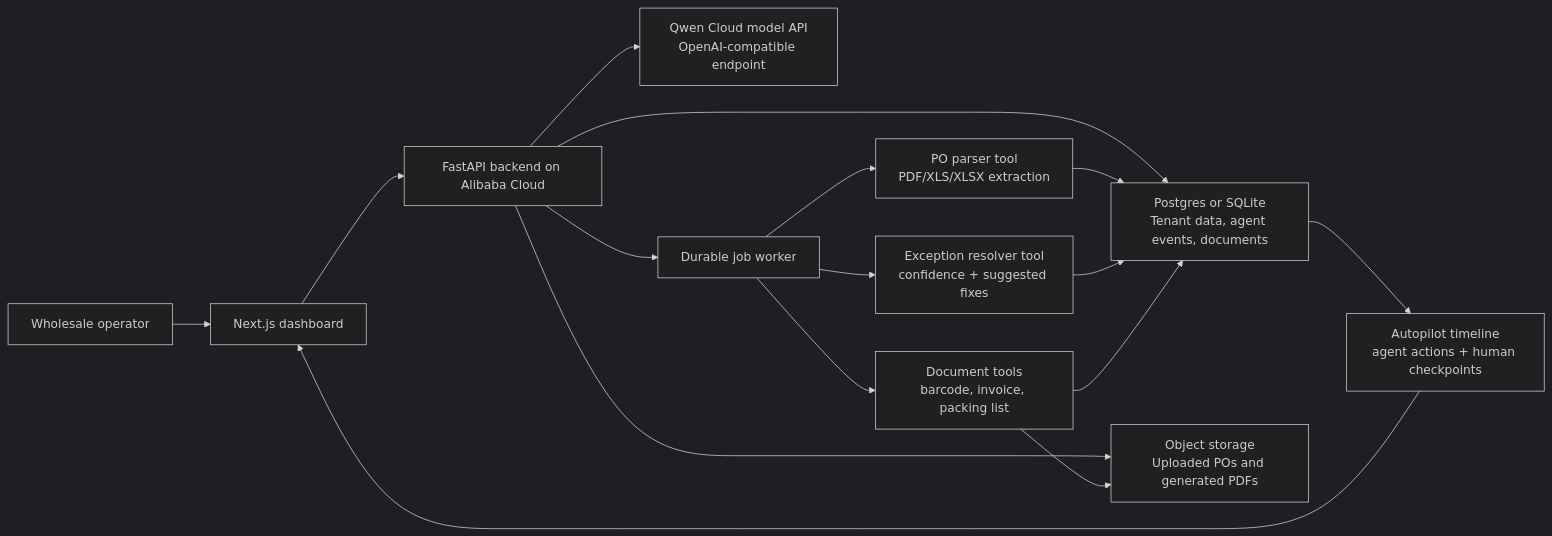
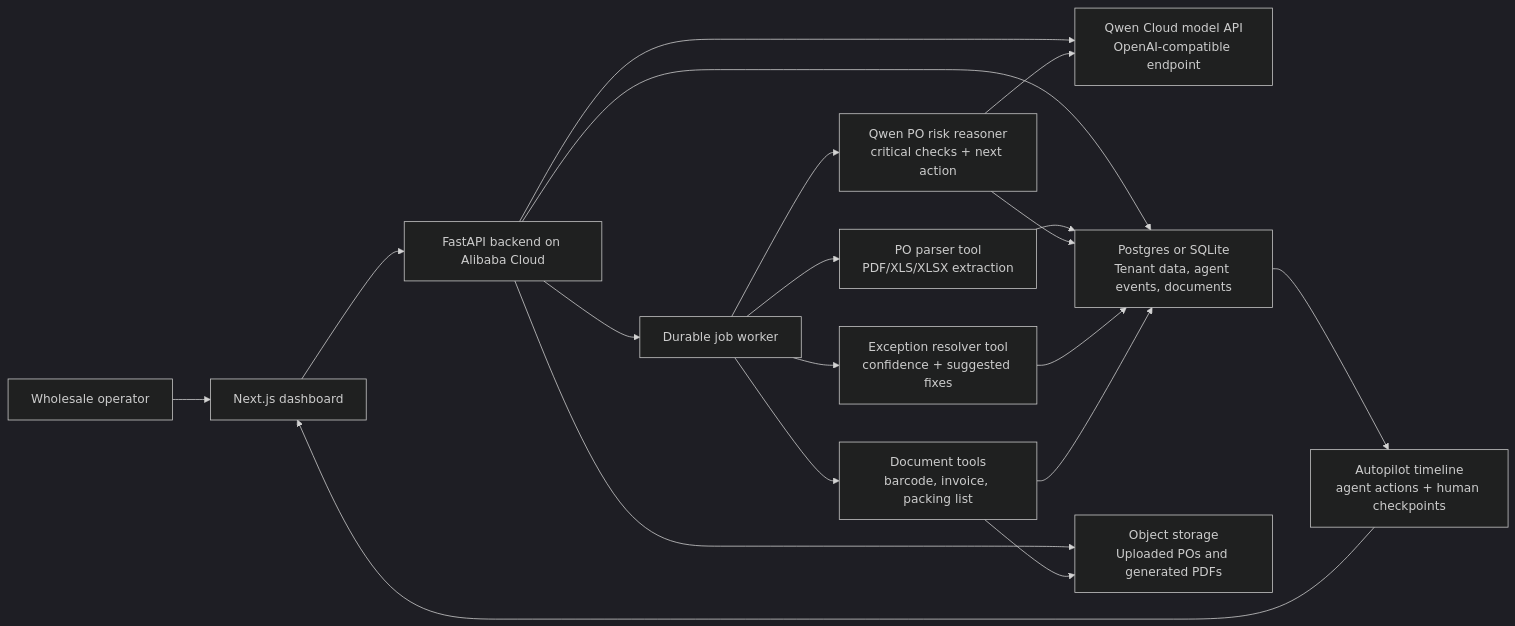
One commit to arnavbee/grada-qwen-autopilot changed the diagram in docs/qwen-hackathon-architecture.md. Above: the diagram before and after it, drawn with Mermaid (dark theme). The commit also changed other lines of this file and 16 other files, not shown here.

````diff
--- a/docs/qwen-hackathon-architecture.md
+++ b/docs/qwen-hackathon-architecture.md
@@ -9,22 +9,25 @@
 ```mermaid
 flowchart LR
   user["Wholesale operator"] --> web["Next.js dashboard"]
   web --> api["FastAPI backend on Alibaba Cloud"]
 
   api --> qwen["Qwen Cloud model API\nOpenAI-compatible endpoint"]
   api --> db["Postgres or SQLite\nTenant data, agent events, documents"]
   api --> storage["Object storage\nUploaded POs and generated PDFs"]
   api --> worker["Durable job worker"]
 
   worker --> parser["PO parser tool\nPDF/XLS/XLSX extraction"]
+  worker --> qwenReasoner["Qwen PO risk reasoner\ncritical checks + next action"]
   worker --> resolver["Exception resolver tool\nconfidence + suggested fixes"]
   worker --> docs["Document tools\nbarcode, invoice, packing list"]
 
   parser --> db
+  qwenReasoner --> qwen
+  qwenReasoner --> db
   resolver --> db
   docs --> storage
   docs --> db
 
   db --> timeline["Autopilot timeline\nagent actions + human checkpoints"]
   timeline --> web
 ```
````
